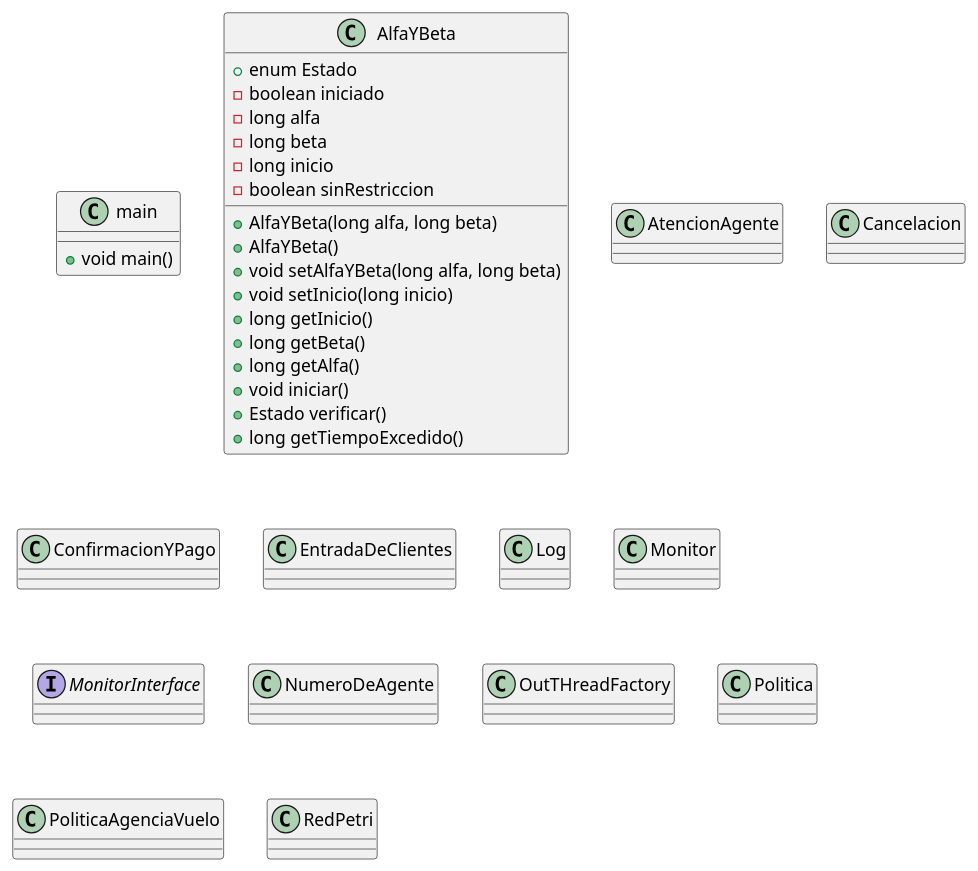
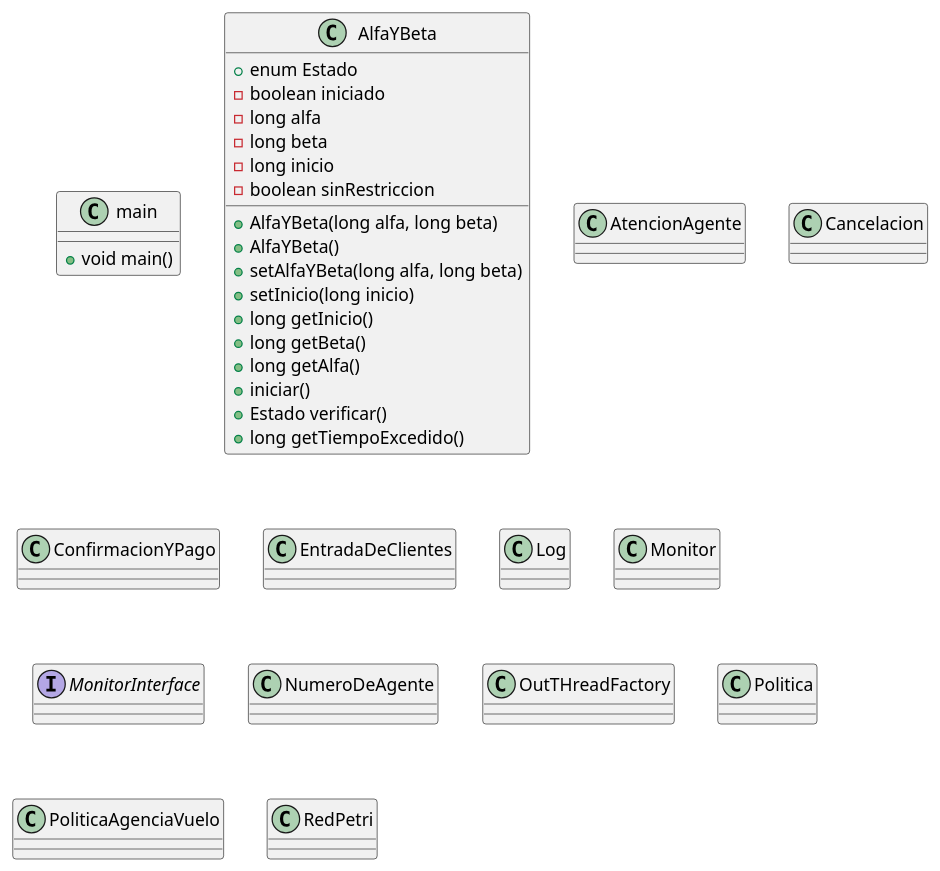
One commit to JosiasTomasnanez/flightAgencyAttendanceMonitor changed the diagram in doc/diagrama_class.puml. Above: the diagram before and after it, drawn with PlantUML.

Commit message:
Diagrama clases

```diff
--- a/doc/diagrama_class.puml
+++ b/doc/diagrama_class.puml
@@ -1,50 +1,50 @@
 @startuml clases
 
 class main{
     + void main()
 }
 
 class AlfaYBeta{
     + enum Estado
     - boolean iniciado
     - long alfa
     - long beta
     - long inicio
     - boolean sinRestriccion
     + AlfaYBeta(long alfa, long beta)
     + AlfaYBeta()
-    + void setAlfaYBeta(long alfa, long beta)
-    + void setInicio(long inicio)
+    + setAlfaYBeta(long alfa, long beta)
+    + setInicio(long inicio)
     + long getInicio()
     + long getBeta()
     + long getAlfa()
-    + void iniciar()
+    + iniciar()
     + Estado verificar()
     + long getTiempoExcedido()
 }
 
 class AtencionAgente{}
 
 class Cancelacion{}
 
 class ConfirmacionYPago{}
 
 class EntradaDeClientes{}
 
 class Log{}
 
 class Monitor{}
 
 interface MonitorInterface{}
 
 class NumeroDeAgente{}
 
 class OutTHreadFactory{}
 
 class Politica{}
 
 class PoliticaAgenciaVuelo{}
 
 class RedPetri{}
 
 @enduml
```
